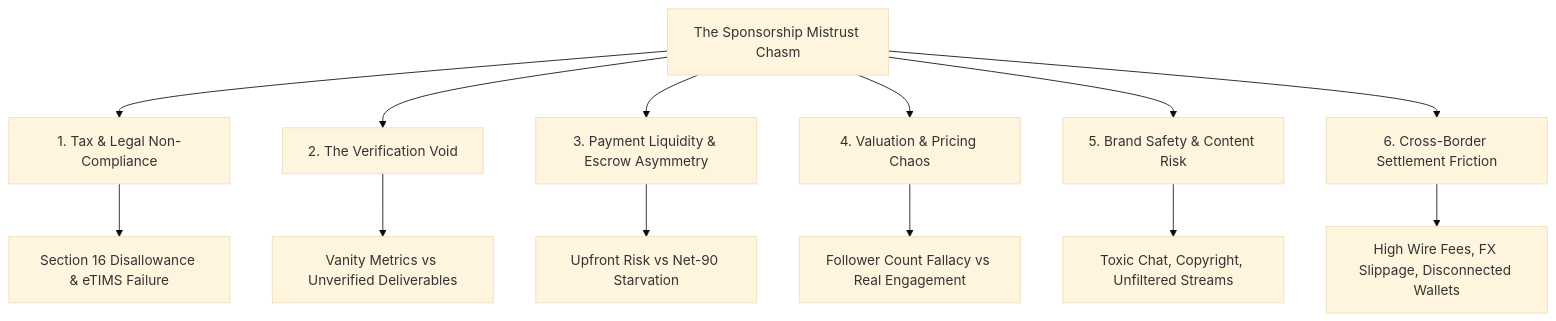
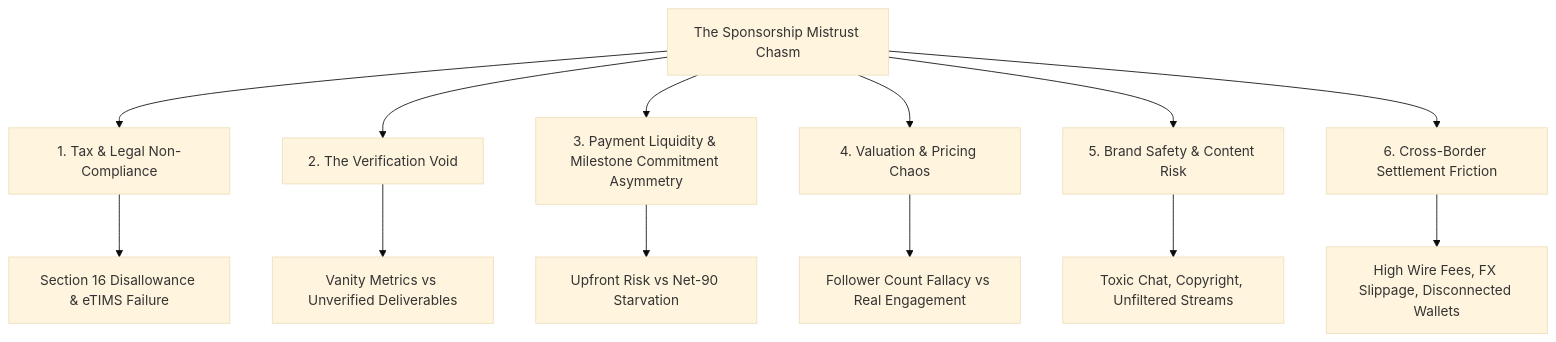
Before and after one commit to Ryanjuguna/barbah-sponsorplay: the diagram in research/01_STAKEHOLDER_EMPATHY_AND_MISTRUST_ANALYSIS.md, drawn with Mermaid (base theme). The commit also changed other lines of this file and 5 other files, not shown here.

Commit message:
Complete repository-wide documentation audit: purge escrow terminology and enforce PayPal programmatic milestone ledger across all architecture specs

````diff
--- a/research/01_STAKEHOLDER_EMPATHY_AND_MISTRUST_ANALYSIS.md
+++ b/research/01_STAKEHOLDER_EMPATHY_AND_MISTRUST_ANALYSIS.md
@@ -93,16 +93,16 @@
 ```mermaid
 graph TD
     A[The Sponsorship Mistrust Chasm] --> B[1. Tax & Legal Non-Compliance]
     A --> C[2. The Verification Void]
-    A --> D[3. Payment Liquidity & Escrow Asymmetry]
+    A --> D[3. Payment Liquidity & Milestone Commitment Asymmetry]
     A --> E[4. Valuation & Pricing Chaos]
     A --> F[5. Brand Safety & Content Risk]
     A --> G[6. Cross-Border Settlement Friction]
 
     B --> B1[Section 16 Disallowance & eTIMS Failure]
     C --> C1[Vanity Metrics vs Unverified Deliverables]
     D --> D1[Upfront Risk vs Net-90 Starvation]
     E --> E1[Follower Count Fallacy vs Real Engagement]
     F --> F1[Toxic Chat, Copyright, Unfiltered Streams]
     G --> G1[High Wire Fees, FX Slippage, Disconnected Wallets]
 ```
````
